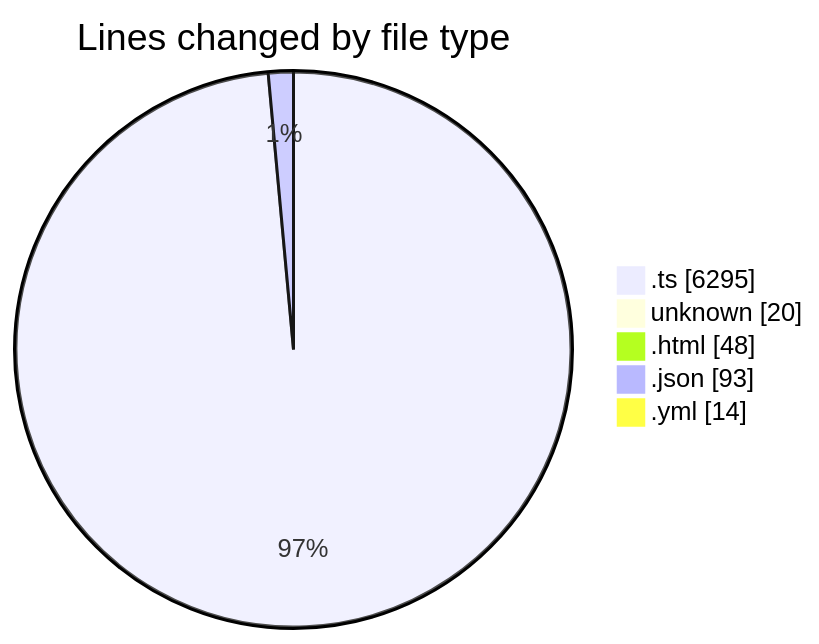
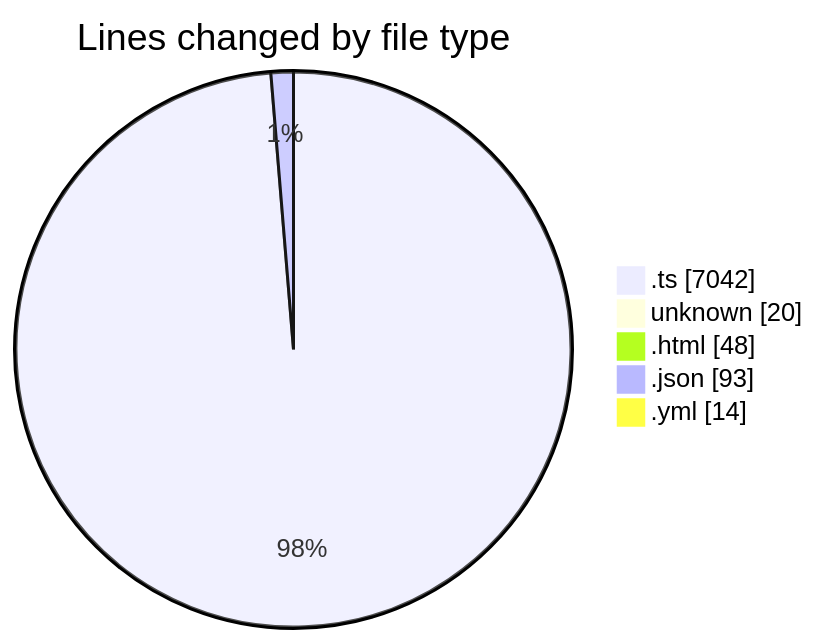
One commit to tmsrecording-cyber/code-tracking changed the first of 2 diagrams in 2026-02-06/singularitybrainai/README.md. Above: the diagram before and after it, drawn with Mermaid. The commit also changed other lines of this file and 1 other file, not shown here.

````diff
--- a/2026-02-06/singularitybrainai/README.md
+++ b/2026-02-06/singularitybrainai/README.md
@@ -35,9 +35,9 @@
 ```mermaid
 pie showData
 title Lines changed by file type
-".ts" : 6295
+".ts" : 7042
 "unknown" : 20
 ".html" : 48
 ".json" : 93
 ".yml" : 14
 ```
````
